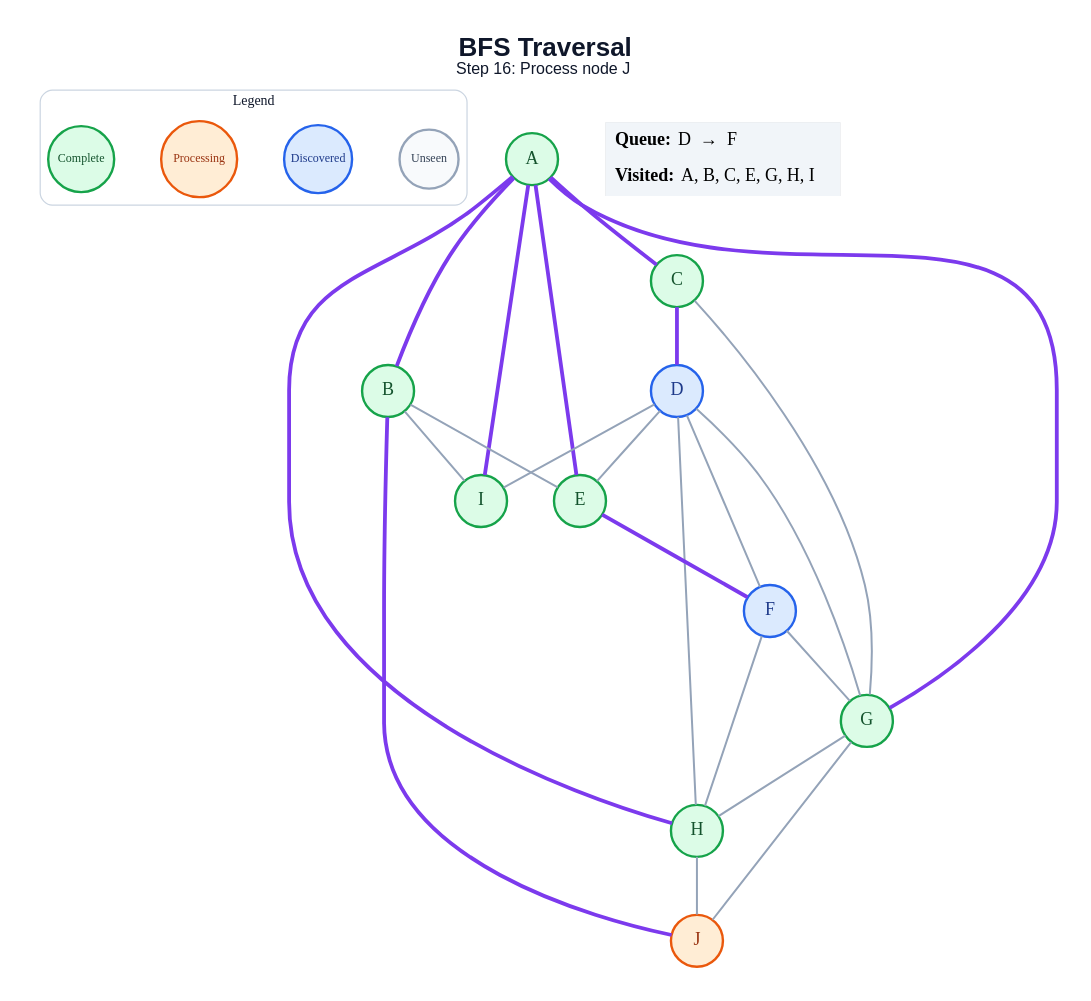
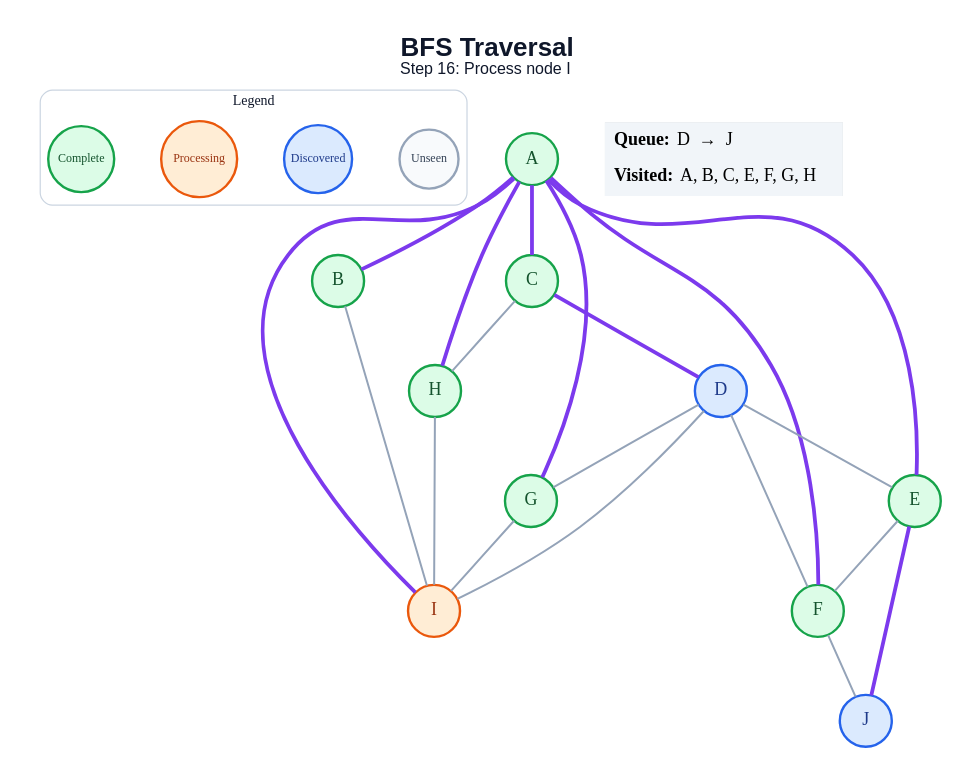
Before and after one commit to amanghodawala9/ai-slop: the diagram in generated/bfs/step_16.dot, drawn with Graphviz. The commit also changed 178 other files, not shown here.

```diff
--- a/generated/bfs/step_16.dot
+++ b/generated/bfs/step_16.dot
@@ -1,51 +1,48 @@
 graph traversal {
   graph [layout=dot, rankdir=TB, bgcolor="#FFFFFF", pad="0.35", nodesep="0.65", ranksep="0.8", fontname="Arial"];
   node [shape=circle, style="filled", fontname="Arial Bold", fontsize=18, width=0.72, fixedsize=true, penwidth=2.4];
   edge [color="#94A3B8", penwidth=2.0];
-  label=<<B>BFS Traversal</B><BR/><FONT POINT-SIZE="16">Step 16: Process node J</FONT>>; labelloc="t"; fontsize=26; fontname="Arial"; fontcolor="#0F172A";
+  label=<<B>BFS Traversal</B><BR/><FONT POINT-SIZE="16">Step 16: Process node I</FONT>>; labelloc="t"; fontsize=26; fontname="Arial"; fontcolor="#0F172A";
   subgraph cluster_legend { label="Legend"; color="#CBD5E1"; penwidth=1.2; style="rounded"; fontsize=14; fontname="Arial Bold";
     key_unseen [label="Unseen", fillcolor="#F8FAFC", color="#94A3B8", fontcolor="#334155", fontsize=12, width=0.82];
     key_frontier [label="Discovered", fillcolor="#DBEAFE", color="#2563EB", fontcolor="#1E3A8A", fontsize=12, width=0.95];
     key_current [label="Processing", fillcolor="#FFEDD5", color="#EA580C", fontcolor="#9A3412", fontsize=12, width=1.05];
     key_done [label="Complete", fillcolor="#DCFCE7", color="#16A34A", fontcolor="#14532D", fontsize=12, width=0.92];
     { rank=same; key_unseen; key_frontier; key_current; key_done; }
   }
   A [fillcolor="#DCFCE7", color="#16A34A", fontcolor="#14532D"];
   B [fillcolor="#DCFCE7", color="#16A34A", fontcolor="#14532D"];
   C [fillcolor="#DCFCE7", color="#16A34A", fontcolor="#14532D"];
   D [fillcolor="#DBEAFE", color="#2563EB", fontcolor="#1E3A8A"];
   E [fillcolor="#DCFCE7", color="#16A34A", fontcolor="#14532D"];
-  F [fillcolor="#DBEAFE", color="#2563EB", fontcolor="#1E3A8A"];
+  F [fillcolor="#DCFCE7", color="#16A34A", fontcolor="#14532D"];
   G [fillcolor="#DCFCE7", color="#16A34A", fontcolor="#14532D"];
   H [fillcolor="#DCFCE7", color="#16A34A", fontcolor="#14532D"];
-  I [fillcolor="#DCFCE7", color="#16A34A", fontcolor="#14532D"];
-  J [fillcolor="#FFEDD5", color="#EA580C", fontcolor="#9A3412"];
+  I [fillcolor="#FFEDD5", color="#EA580C", fontcolor="#9A3412"];
+  J [fillcolor="#DBEAFE", color="#2563EB", fontcolor="#1E3A8A"];
   A -- B [color="#7C3AED", penwidth=3.8];
   A -- C [color="#7C3AED", penwidth=3.8];
   A -- E [color="#7C3AED", penwidth=3.8];
+  A -- F [color="#7C3AED", penwidth=3.8];
   A -- G [color="#7C3AED", penwidth=3.8];
   A -- H [color="#7C3AED", penwidth=3.8];
   A -- I [color="#7C3AED", penwidth=3.8];
-  B -- E;
   B -- I;
-  B -- J [color="#7C3AED", penwidth=3.8];
   C -- D [color="#7C3AED", penwidth=3.8];
-  C -- G;
+  C -- H;
   D -- E;
   D -- F;
   D -- G;
-  D -- H;
   D -- I;
-  E -- F [color="#7C3AED", penwidth=3.8];
-  F -- G;
-  F -- H;
-  G -- H;
-  G -- J;
-  H -- J;
+  E -- F;
+  E -- J [color="#7C3AED", penwidth=3.8];
+  F -- J;
+  G -- I;
+  H -- I;
   status [shape=plain, fixedsize=false, width=0, height=0, margin=0, label=<
     <TABLE BORDER="0" CELLBORDER="0" CELLPADDING="7" BGCOLOR="#F1F5F9">
-      <TR><TD ALIGN="LEFT"><B>Queue:</B> D  →  F</TD></TR>
-      <TR><TD ALIGN="LEFT"><B>Visited:</B> A, B, C, E, G, H, I</TD></TR>
+      <TR><TD ALIGN="LEFT"><B>Queue:</B> D  →  J</TD></TR>
+      <TR><TD ALIGN="LEFT"><B>Visited:</B> A, B, C, E, F, G, H</TD></TR>
     </TABLE>
   >];
 }
```
